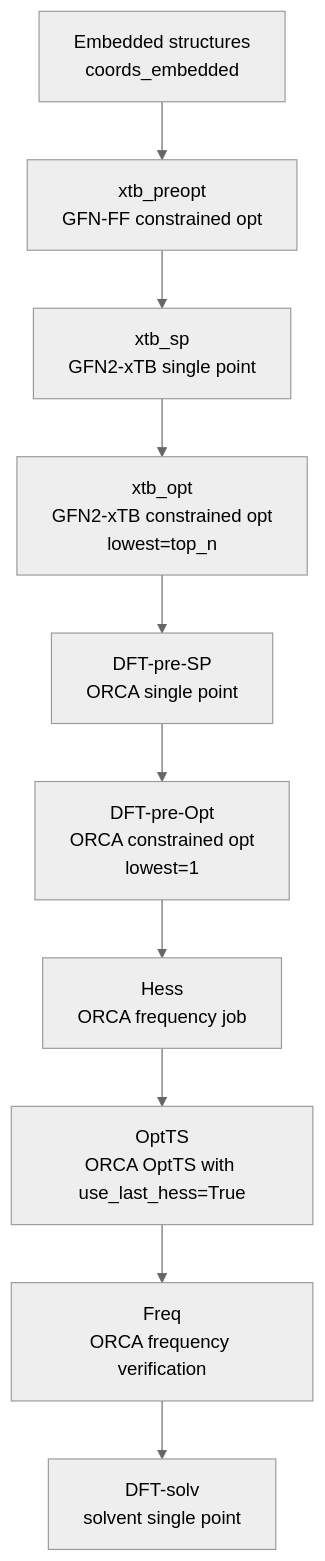
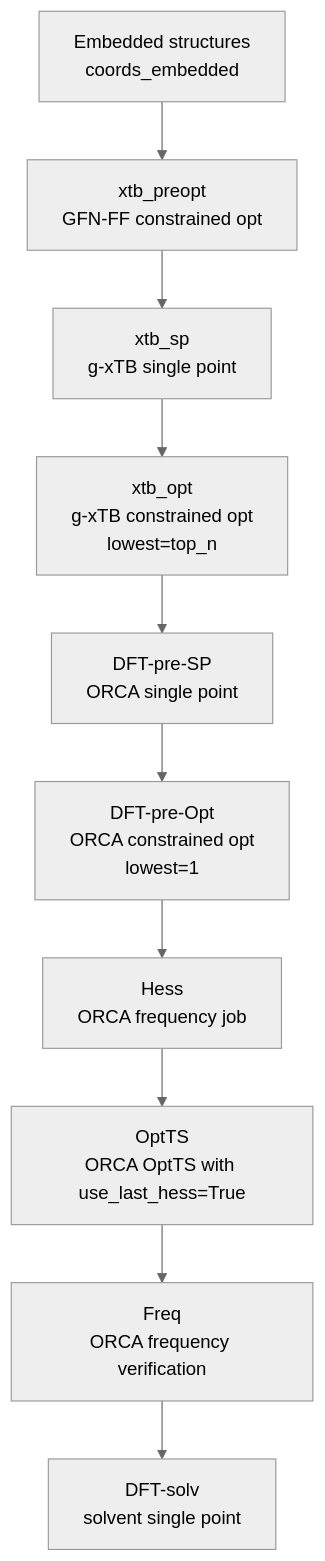
Before and after one commit to MolinDiscovery/FRUST: the diagram in docs/workflows/optimization-pipeline.md, drawn with Mermaid (neutral theme). The commit also changed other lines of this file and 40 other files, not shown here.

````diff
--- a/docs/workflows/optimization-pipeline.md
+++ b/docs/workflows/optimization-pipeline.md
@@ -8,12 +8,12 @@
 ```mermaid
 flowchart TD
     A["Embedded structures<br/>coords_embedded"] --> B["xtb_preopt<br/>GFN-FF constrained opt"]
-    B --> C["xtb_sp<br/>GFN2-xTB single point"]
-    C --> D["xtb_opt<br/>GFN2-xTB constrained opt<br/>lowest=top_n"]
+    B --> C["xtb_sp<br/>g-xTB single point"]
+    C --> D["xtb_opt<br/>g-xTB constrained opt<br/>lowest=top_n"]
     D --> E["DFT-pre-SP<br/>ORCA single point"]
     E --> F["DFT-pre-Opt<br/>ORCA constrained opt<br/>lowest=1"]
     F --> G["Hess<br/>ORCA frequency job"]
     G --> H["OptTS<br/>ORCA OptTS with use_last_hess=True"]
     H --> I["Freq<br/>ORCA frequency verification"]
     I --> J["DFT-solv<br/>solvent single point"]
 ```
````
